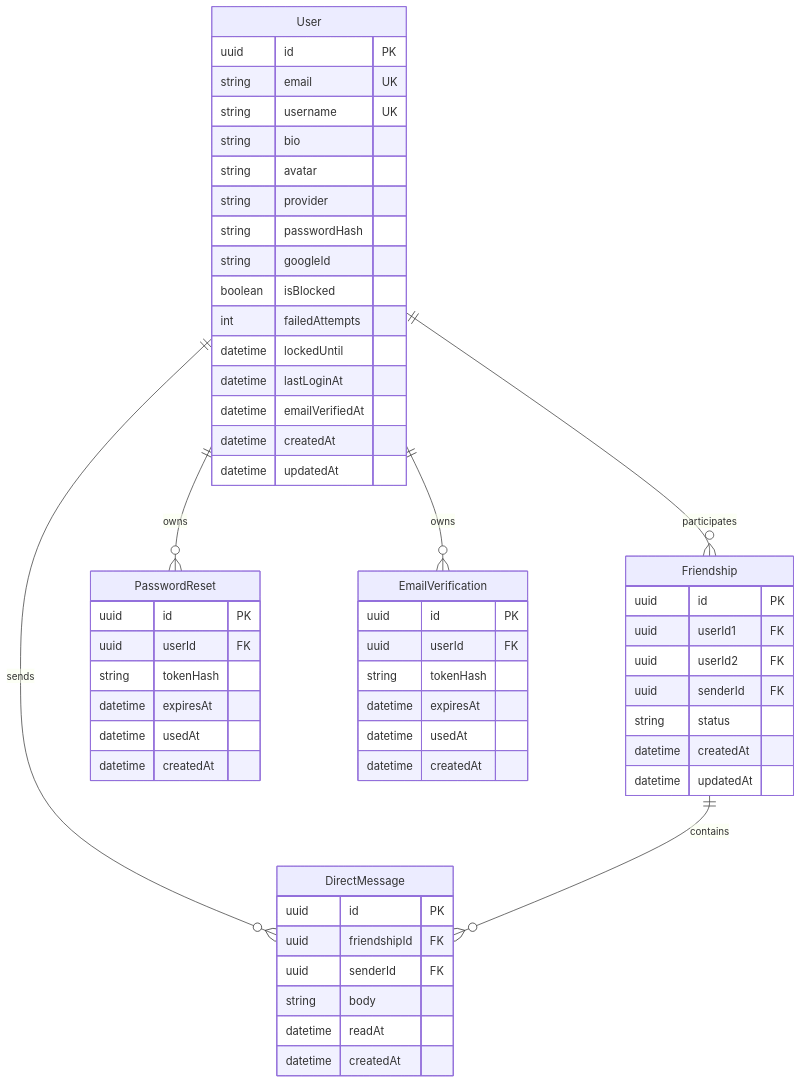
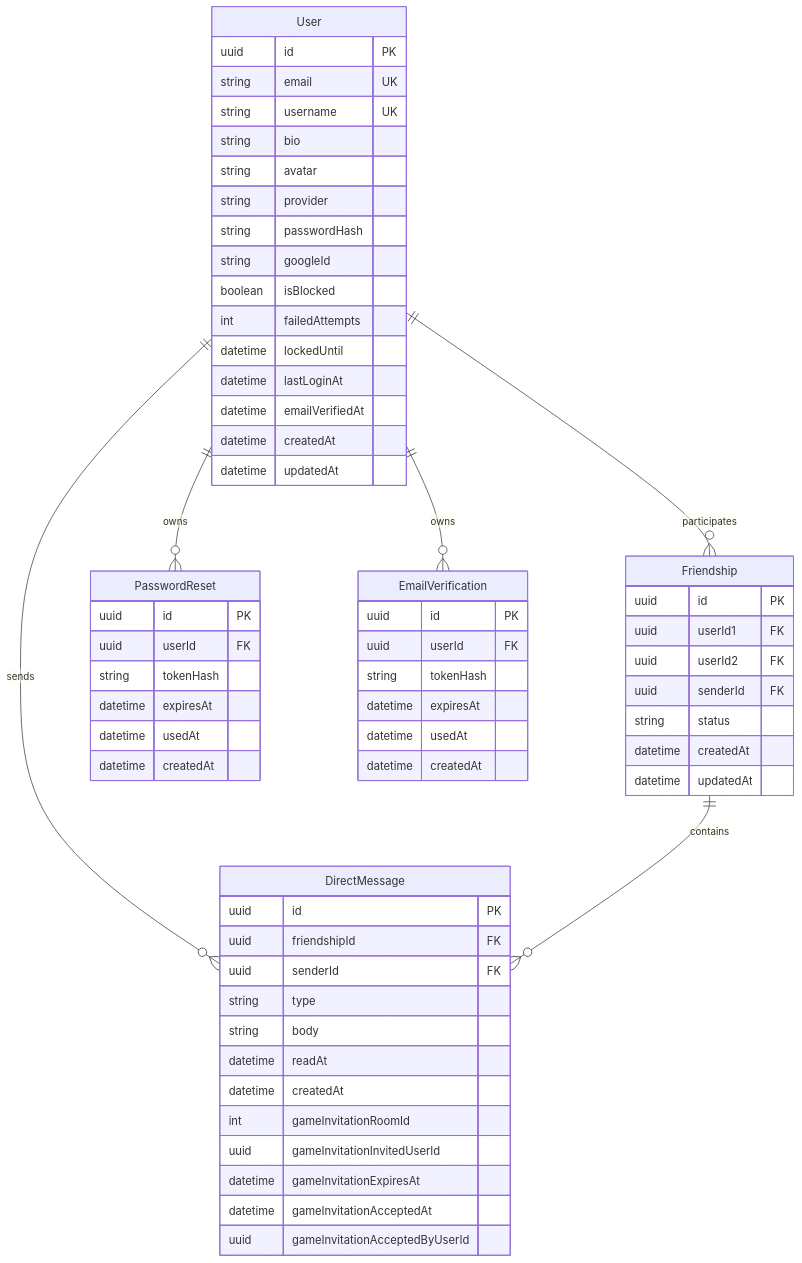
Before and after one commit to 42-BCN/Transcendence: the second of 2 diagrams in README.md, drawn with Mermaid. The commit also changed other lines of this file and 20 other files, not shown here.

````diff
--- a/README.md
+++ b/README.md
@@ -195,63 +195,69 @@
 ```mermaid
 erDiagram
     User ||--o{ Friendship : "participates"
     User ||--o{ PasswordReset : "owns"
     User ||--o{ EmailVerification : "owns"
     User ||--o{ DirectMessage : "sends"
     Friendship ||--o{ DirectMessage : "contains"
 
     User {
       uuid id PK
       string email UK
       string username UK
       string bio
       string avatar
       string provider
       string passwordHash
       string googleId
       boolean isBlocked
       int failedAttempts
       datetime lockedUntil
       datetime lastLoginAt
       datetime emailVerifiedAt
       datetime createdAt
       datetime updatedAt
     }
 
     Friendship {
       uuid id PK
       uuid userId1 FK
       uuid userId2 FK
       uuid senderId FK
       string status
       datetime createdAt
       datetime updatedAt
     }
 
     DirectMessage {
       uuid id PK
       uuid friendshipId FK
       uuid senderId FK
+      string type
       string body
       datetime readAt
       datetime createdAt
+      int gameInvitationRoomId
+      uuid gameInvitationInvitedUserId
+      datetime gameInvitationExpiresAt
+      datetime gameInvitationAcceptedAt
+      uuid gameInvitationAcceptedByUserId
     }
 
     PasswordReset {
       uuid id PK
       uuid userId FK
       string tokenHash
       datetime expiresAt
       datetime usedAt
       datetime createdAt
     }
 
     EmailVerification {
       uuid id PK
       uuid userId FK
       string tokenHash
       datetime expiresAt
       datetime usedAt
       datetime createdAt
     }
 ```
````
